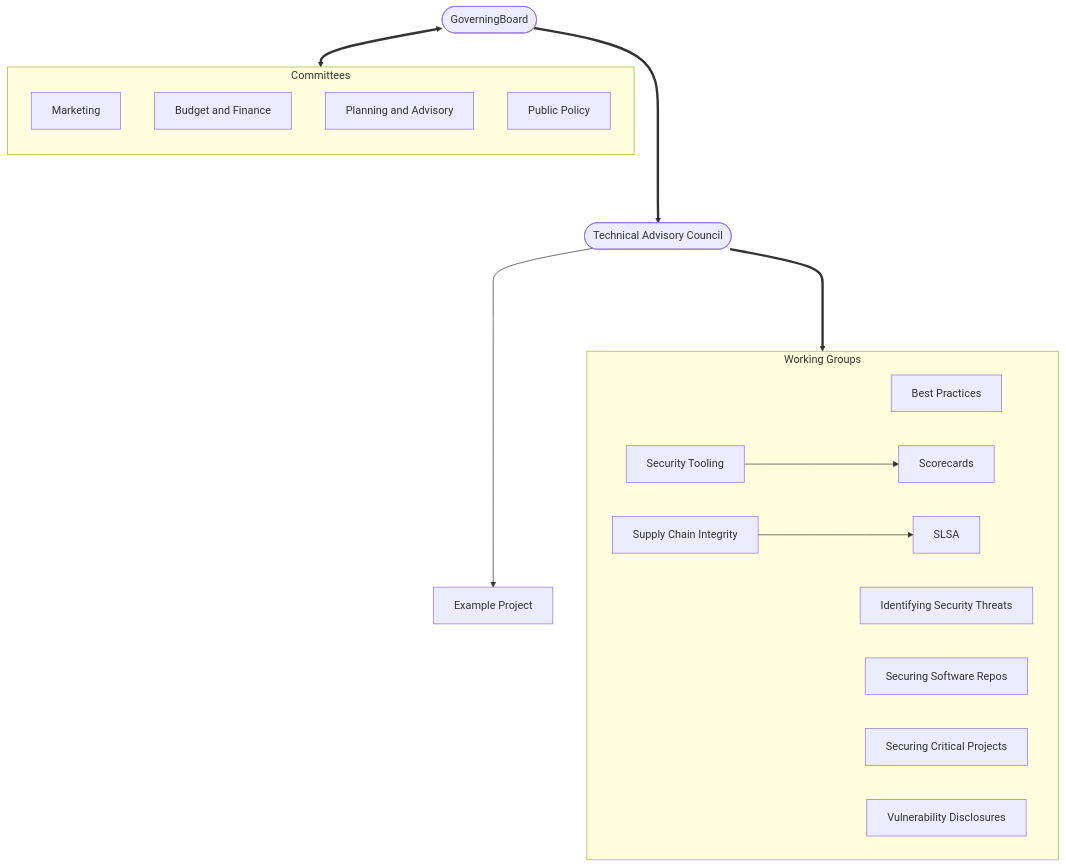
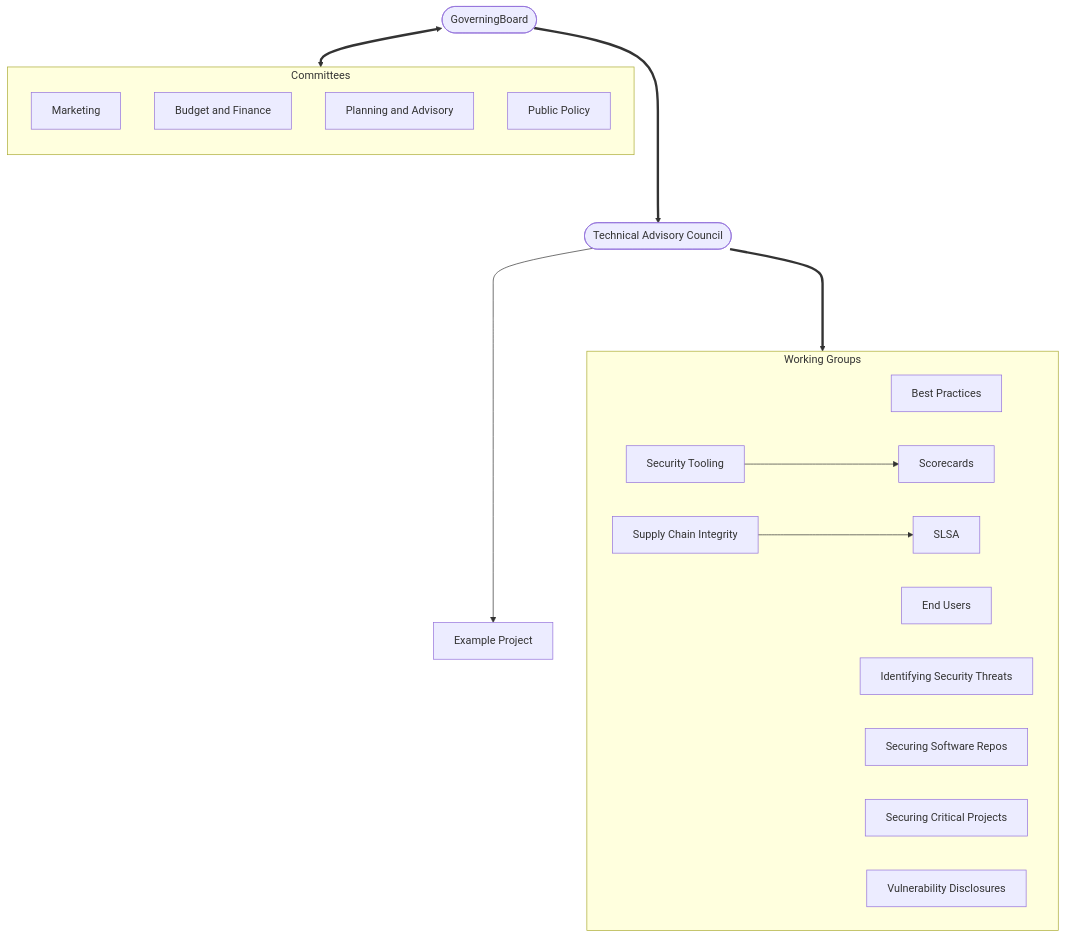
The diagram in organizational-structure-overview.md (ossf/tac), drawn with Mermaid before and after one commit.

Commit message:
add end user WG to diagram

````diff
--- a/organizational-structure-overview.md
+++ b/organizational-structure-overview.md
@@ -51,30 +51,31 @@
 ```mermaid
 flowchart TB
     A([GoverningBoard])
 
     subgraph subC[Committees]
         direction TB
         Market[Marketing]
         Budget[Budget and Finance]
         Plan[Planning and Advisory]
         Policy[Public Policy]
     end
     A <==> subC
     A ====> B([Technical Advisory Council])
 
     subgraph subWG[Working Groups]
         BP[Best Practices]
+        EU[End Users]
         IST[Identifying Security Threats]
         REP[Securing Software Repos]
         SCI[Supply Chain Integrity]
         SCP[Securing Critical Projects]
         ST[Security Tooling]
         VD[Vulnerability Disclosures]
 
         ST ---> P2[Scorecards]
         SCI ---> P3[SLSA]
     end
     B ====> subWG
 
     B ----> P1[Example Project]
 ```
````
